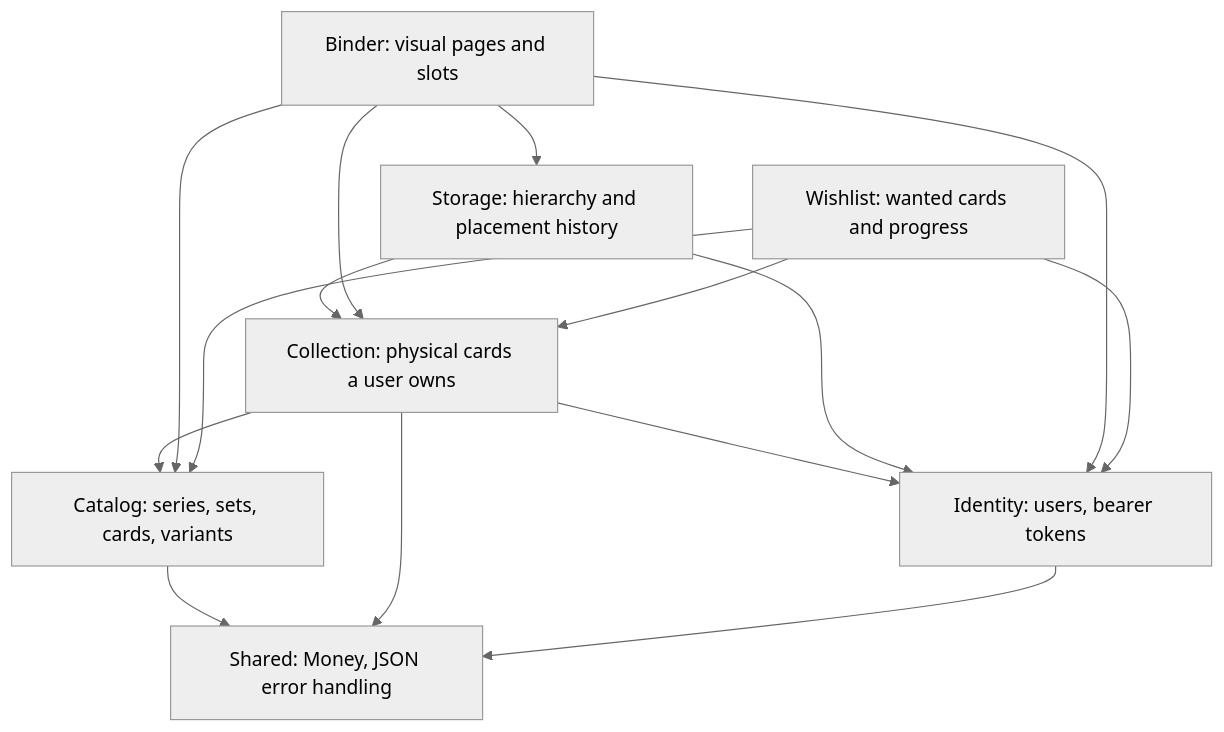
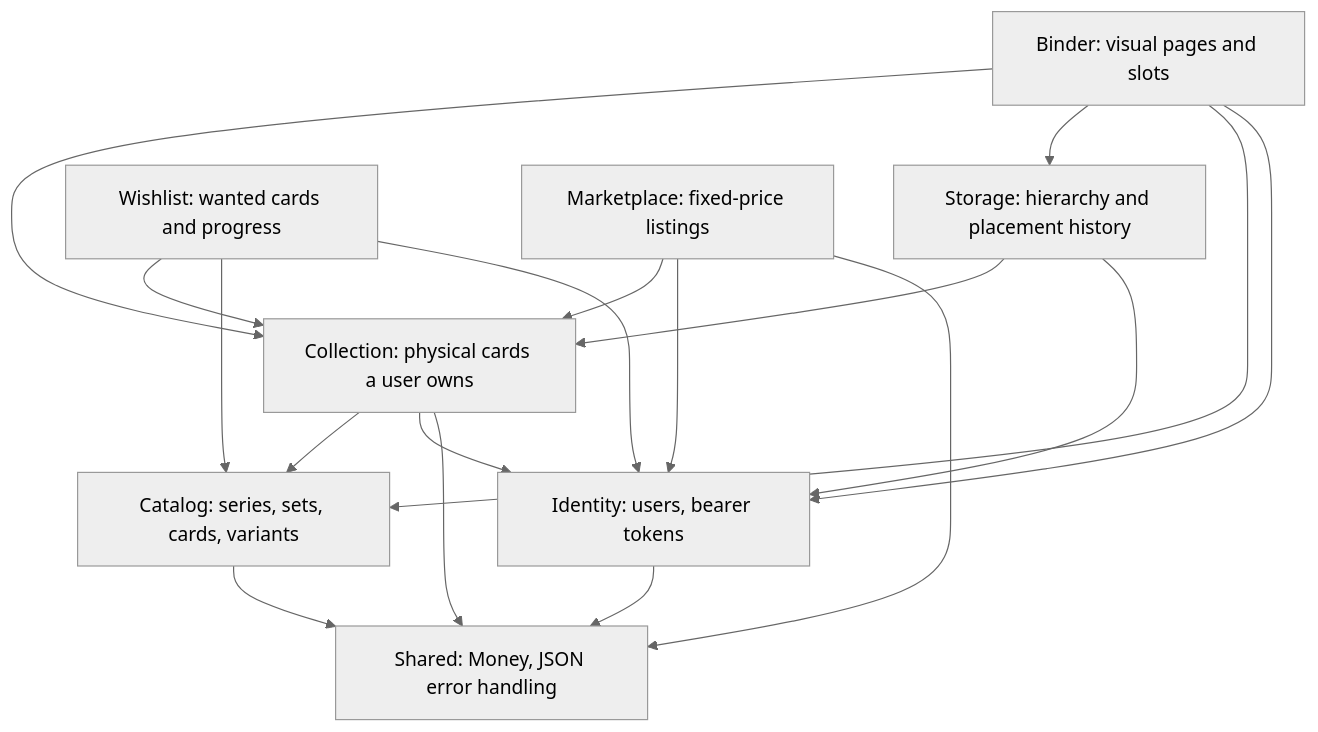
The third of 5 diagrams in docs/architecture.md (Jelmer-Ketelaar/CardNest), drawn with Mermaid (neutral theme) before and after one commit. The commit also changed other lines of this file and 65 other files, not shown here.

````diff
--- a/docs/architecture.md
+++ b/docs/architecture.md
@@ -62,25 +65,29 @@
 ```mermaid
 flowchart TD
     Identity[Identity: users, bearer tokens]
     Catalog[Catalog: series, sets, cards, variants]
     Collection[Collection: physical cards a user owns]
     Storage[Storage: hierarchy and placement history]
     Binder[Binder: visual pages and slots]
     Wishlist[Wishlist: wanted cards and progress]
+    Marketplace[Marketplace: fixed-price listings]
     Shared[Shared: Money, JSON error handling]
 
     Collection --> Catalog
     Collection --> Identity
     Storage --> Collection
     Storage --> Identity
     Binder --> Collection
     Binder --> Storage
     Binder --> Catalog
     Binder --> Identity
     Wishlist --> Collection
     Wishlist --> Catalog
     Wishlist --> Identity
+    Marketplace --> Collection
+    Marketplace --> Identity
+    Marketplace --> Shared
     Catalog --> Shared
     Collection --> Shared
     Identity --> Shared
 ```
````
